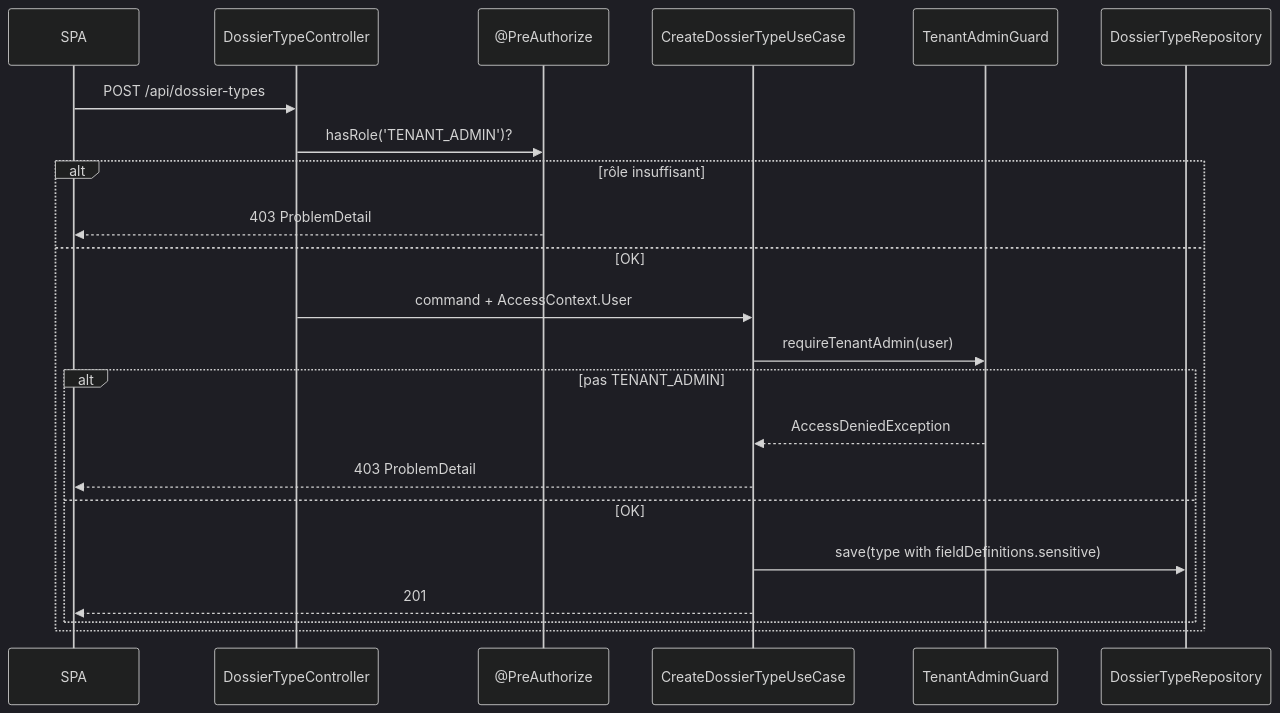
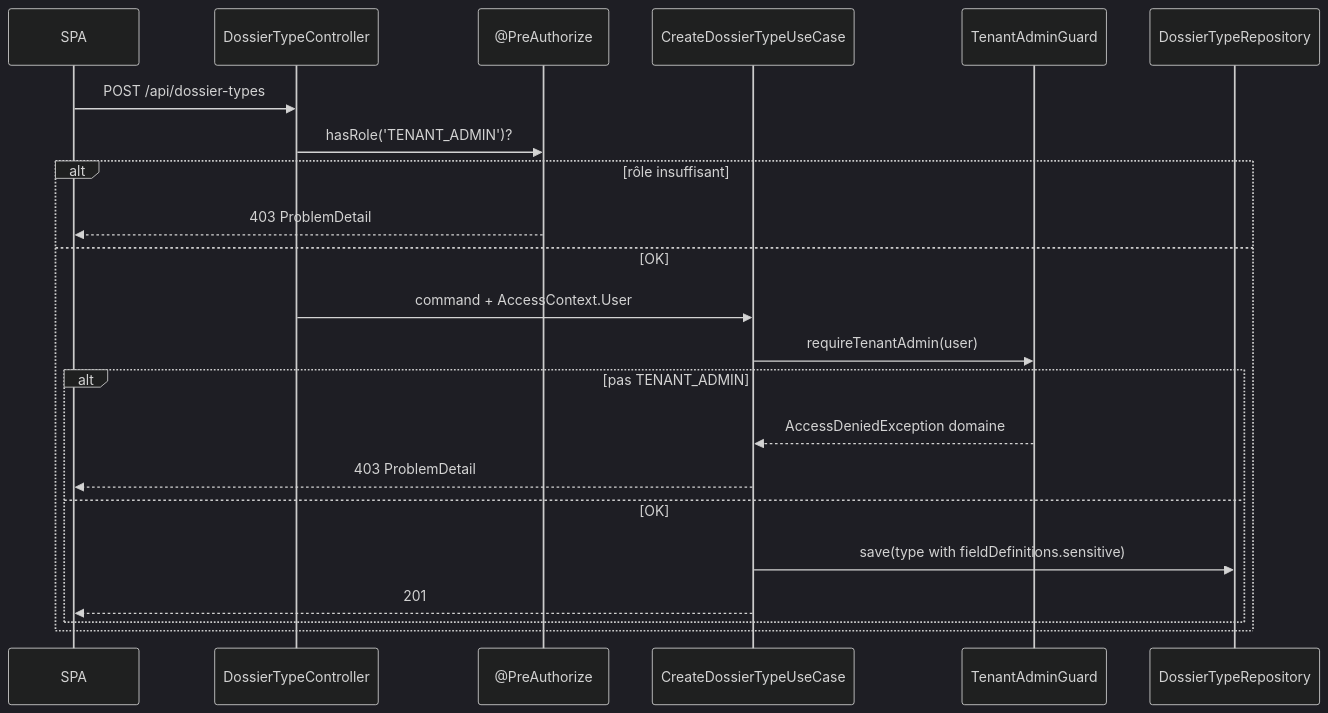
The second of 3 diagrams in docs/ai/design/2026-07-31-feature-autorisation-conformite.md (superjojo79/Myrmacta), drawn with Mermaid (dark theme) before and after one commit. The commit also changed other lines of this file and 2 other files, not shown here.

````diff
--- a/docs/ai/design/2026-07-31-feature-autorisation-conformite.md
+++ b/docs/ai/design/2026-07-31-feature-autorisation-conformite.md
@@ -48,25 +54,25 @@
 ```mermaid
 sequenceDiagram
   participant SPA as SPA
   participant API as DossierTypeController
   participant MS as @PreAuthorize
   participant UC as CreateDossierTypeUseCase
   participant TAG as TenantAdminGuard
   participant REPO as DossierTypeRepository
 
   SPA->>API: POST /api/dossier-types
   API->>MS: hasRole('TENANT_ADMIN')?
   alt rôle insuffisant
     MS-->>SPA: 403 ProblemDetail
   else OK
     API->>UC: command + AccessContext.User
     UC->>TAG: requireTenantAdmin(user)
     alt pas TENANT_ADMIN
-      TAG-->>UC: AccessDeniedException
+      TAG-->>UC: AccessDeniedException domaine
       UC-->>SPA: 403 ProblemDetail
     else OK
       UC->>REPO: save(type with fieldDefinitions.sensitive)
       UC-->>SPA: 201
     end
   end
 ```
````
